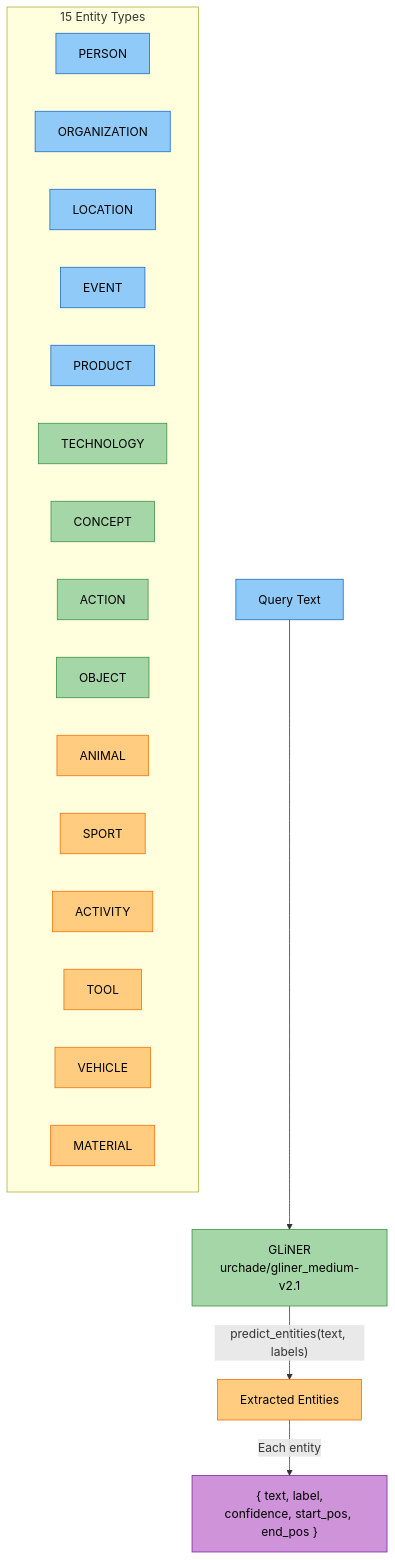
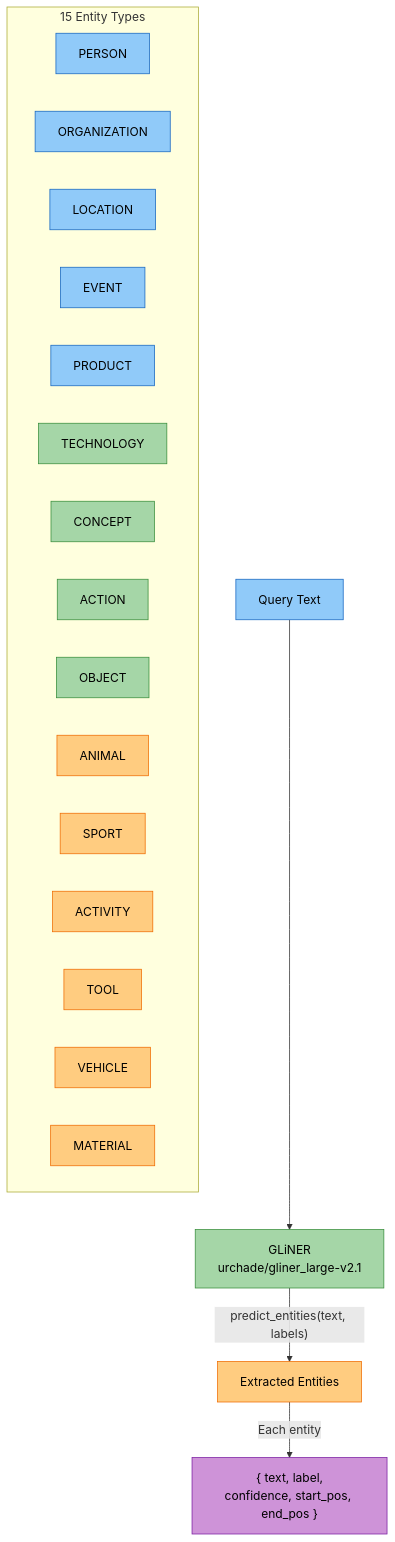
One commit to amit-jain/cogniverse changed the second of 5 diagrams in docs/architecture/intelligent-query-routing.md. Above: the diagram before and after it, drawn with Mermaid. The commit also changed other lines of this file and 19 other files, not shown here.

````diff
--- a/docs/architecture/intelligent-query-routing.md
+++ b/docs/architecture/intelligent-query-routing.md
@@ -77,46 +74,46 @@
 ```mermaid
 flowchart TD
-    Q["<span style='color:#000'>Query Text</span>"] --> GLiNER["<span style='color:#000'>GLiNER<br/>urchade/gliner_medium-v2.1</span>"]
+    Q["<span style='color:#000'>Query Text</span>"] --> GLiNER["<span style='color:#000'>GLiNER<br/>urchade/gliner_large-v2.1</span>"]
     GLiNER --> |"predict_entities(text, labels)"| E["<span style='color:#000'>Extracted Entities</span>"]
 
     subgraph "15 Entity Types"
         direction LR
         L1["<span style='color:#000'>PERSON</span>"]
         L2["<span style='color:#000'>ORGANIZATION</span>"]
         L3["<span style='color:#000'>LOCATION</span>"]
         L4["<span style='color:#000'>EVENT</span>"]
         L5["<span style='color:#000'>PRODUCT</span>"]
         L6["<span style='color:#000'>TECHNOLOGY</span>"]
         L7["<span style='color:#000'>CONCEPT</span>"]
         L8["<span style='color:#000'>ACTION</span>"]
         L9["<span style='color:#000'>OBJECT</span>"]
         L10["<span style='color:#000'>ANIMAL</span>"]
         L11["<span style='color:#000'>SPORT</span>"]
         L12["<span style='color:#000'>ACTIVITY</span>"]
         L13["<span style='color:#000'>TOOL</span>"]
         L14["<span style='color:#000'>VEHICLE</span>"]
         L15["<span style='color:#000'>MATERIAL</span>"]
     end
 
     E --> |"Each entity"| OUT["<span style='color:#000'>{ text, label,<br/>confidence, start_pos, end_pos }</span>"]
 
     style Q fill:#90caf9,stroke:#1565c0,color:#000
     style GLiNER fill:#a5d6a7,stroke:#388e3c,color:#000
     style E fill:#ffcc80,stroke:#ef6c00,color:#000
     style OUT fill:#ce93d8,stroke:#7b1fa2,color:#000
     style L1 fill:#90caf9,stroke:#1565c0,color:#000
     style L2 fill:#90caf9,stroke:#1565c0,color:#000
     style L3 fill:#90caf9,stroke:#1565c0,color:#000
     style L4 fill:#90caf9,stroke:#1565c0,color:#000
     style L5 fill:#90caf9,stroke:#1565c0,color:#000
     style L6 fill:#a5d6a7,stroke:#388e3c,color:#000
     style L7 fill:#a5d6a7,stroke:#388e3c,color:#000
     style L8 fill:#a5d6a7,stroke:#388e3c,color:#000
     style L9 fill:#a5d6a7,stroke:#388e3c,color:#000
     style L10 fill:#ffcc80,stroke:#ef6c00,color:#000
     style L11 fill:#ffcc80,stroke:#ef6c00,color:#000
     style L12 fill:#ffcc80,stroke:#ef6c00,color:#000
     style L13 fill:#ffcc80,stroke:#ef6c00,color:#000
     style L14 fill:#ffcc80,stroke:#ef6c00,color:#000
     style L15 fill:#ffcc80,stroke:#ef6c00,color:#000
 ```
````
